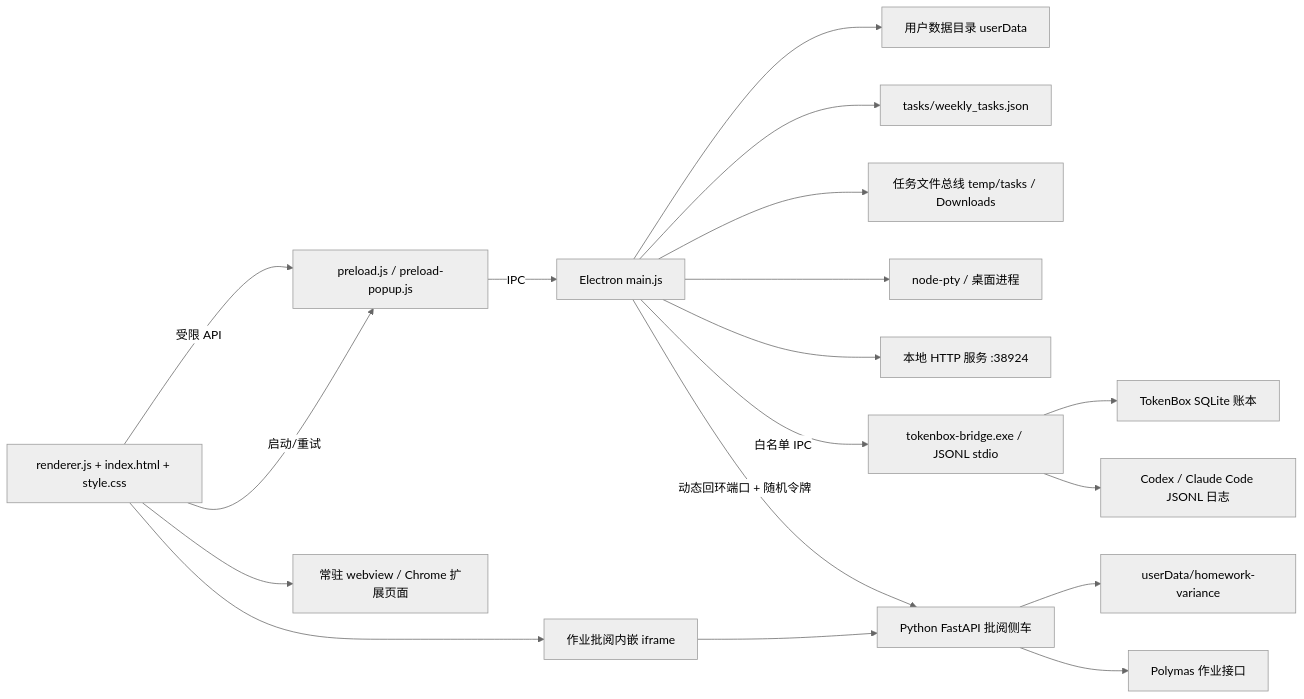
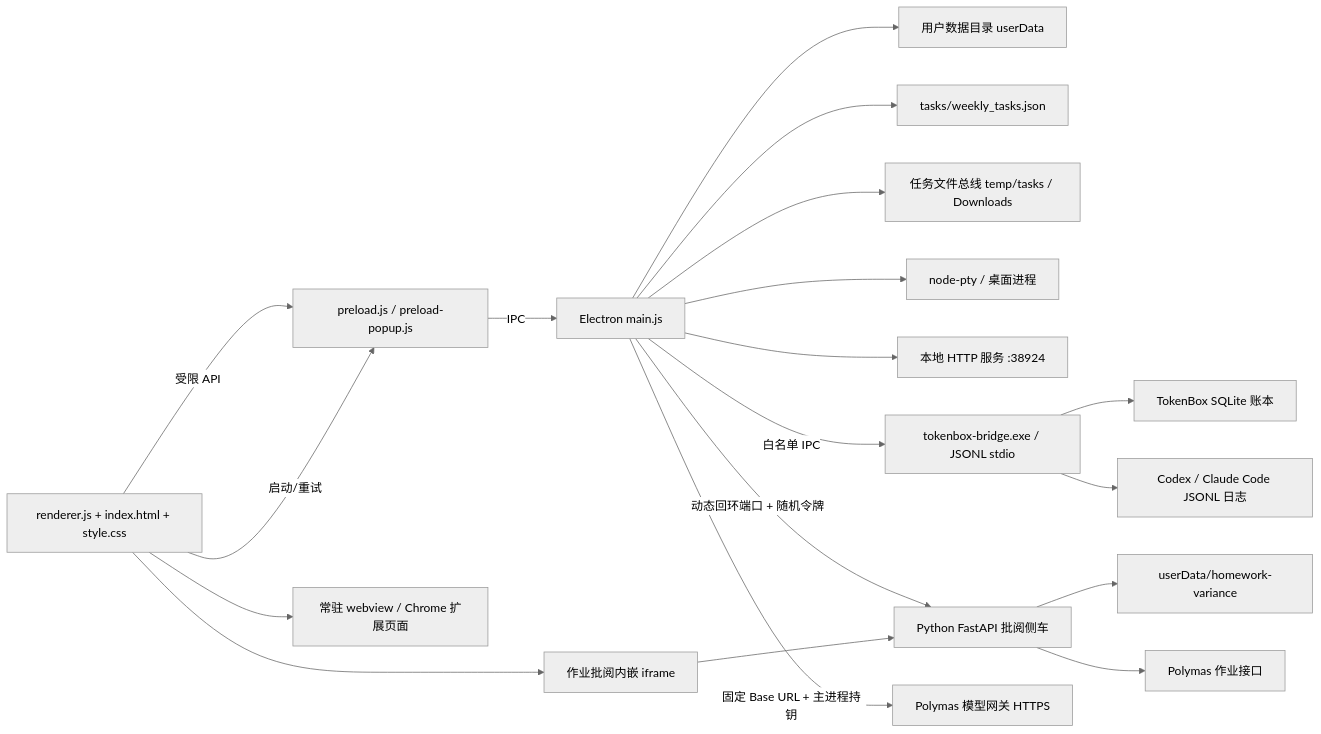
Before and after one commit to yujianshenming/ai-collab-hub: the diagram in personal-workbench/docs/PROJECT_HANDBOOK.md, drawn with Mermaid (neutral theme). The commit also changed other lines of this file and 1 other file, not shown here.

````diff
--- a/personal-workbench/docs/PROJECT_HANDBOOK.md
+++ b/personal-workbench/docs/PROJECT_HANDBOOK.md
@@ -123,37 +135,39 @@
 ```mermaid
 flowchart LR
   UI[renderer.js + index.html + style.css]
   PRELOAD[preload.js / preload-popup.js]
   MAIN[Electron main.js]
   WEB[常驻 webview / Chrome 扩展页面]
   DATA[用户数据目录 userData]
   TASKS[tasks/weekly_tasks.json]
   BUS[任务文件总线 temp/tasks / Downloads]
   PTY[node-pty / 桌面进程]
   HTTP[本地 HTTP 服务 :38924]
   BRIDGE[tokenbox-bridge.exe / JSONL stdio]
   TOKENDB[TokenBox SQLite 账本]
   LOGS[Codex / Claude Code JSONL 日志]
   HW[作业批阅内嵌 iframe]
   PY[Python FastAPI 批阅侧车]
   HWDATA[userData/homework-variance]
   POLY[Polymas 作业接口]
+  LLMGW[Polymas 模型网关 HTTPS]
 
   UI -->|受限 API| PRELOAD
   PRELOAD -->|IPC| MAIN
   UI --> WEB
   MAIN --> DATA
   MAIN --> TASKS
   MAIN --> BUS
   MAIN --> PTY
   MAIN --> HTTP
   MAIN -->|白名单 IPC| BRIDGE
   BRIDGE --> TOKENDB
   BRIDGE --> LOGS
   UI -->|启动/重试| PRELOAD
   MAIN -->|动态回环端口 + 随机令牌| PY
   PY --> HWDATA
   PY --> POLY
   UI --> HW
   HW --> PY
+  MAIN -->|固定 Base URL + 主进程持钥| LLMGW
 ```
````
